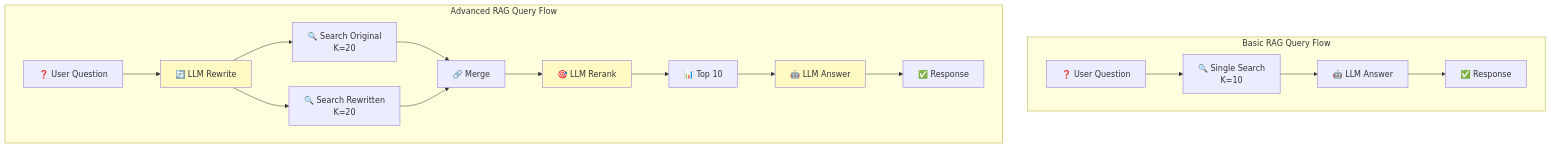
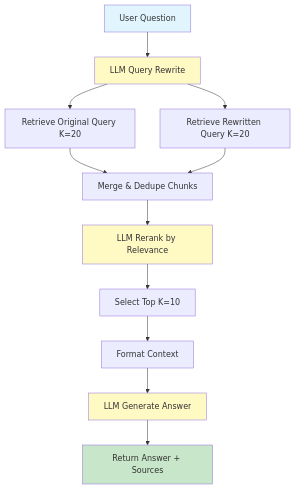
The second of 3 diagrams in docs/architecture_comparison.md (aditya-caltechie/ai-advance-rag), drawn with Mermaid before and after one commit. The commit also changed other lines of this file and 2 other files, not shown here.

````diff
--- a/docs/architecture_comparison.md
+++ b/docs/architecture_comparison.md
@@ -25,24 +113,19 @@
 ```mermaid
-graph TB
-    subgraph "Basic RAG Query Flow"
-        Q1[❓ User Question] --> R1[🔍 Single Search<br/>K=10]
-        R1 --> G1[🤖 LLM Answer]
-        G1 --> A1[✅ Response]
-    end
+graph TD
+    A[User Question] --> B[LLM Query Rewrite]
+    B --> C1[Retrieve Original Query K=20]
+    B --> C2[Retrieve Rewritten Query K=20]
+    C1 --> D[Merge & Dedupe Chunks]
+    C2 --> D
+    D --> E[LLM Rerank by Relevance]
+    E --> F[Select Top K=10]
+    F --> G[Format Context]
+    G --> H[LLM Generate Answer]
+    H --> I[Return Answer + Sources]
     
-    subgraph "Advanced RAG Query Flow"
-        Q2[❓ User Question] --> RW[🔄 LLM Rewrite]
-        RW --> R2A[🔍 Search Original<br/>K=20]
-        RW --> R2B[🔍 Search Rewritten<br/>K=20]
-        R2A --> M[🔗 Merge]
-        R2B --> M
-        M --> RK[🎯 LLM Rerank]
-        RK --> T[📊 Top 10]
-        T --> G2[🤖 LLM Answer]
-        G2 --> A2[✅ Response]
-    end
-    
-    style RW fill:#fff9c4
-    style RK fill:#fff9c4
-    style G2 fill:#fff9c4
+    style A fill:#e1f5ff
+    style B fill:#fff9c4
+    style E fill:#fff9c4
+    style H fill:#fff9c4
+    style I fill:#c8e6c9
 ```
````
